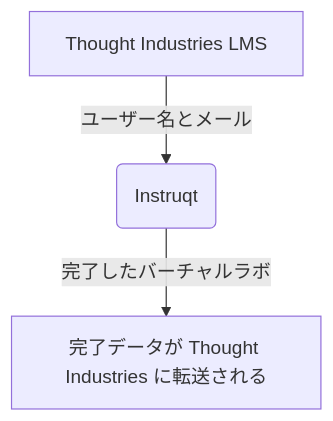
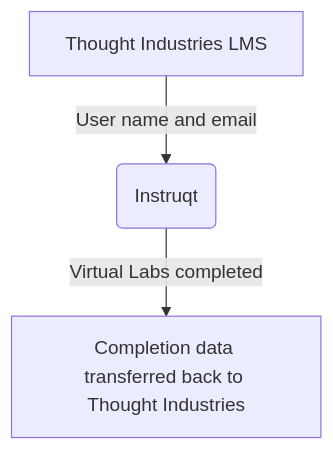
The diagram in content/handbook/customer-experience/education-services/tech-stack/instruqt.md (kyama0/gitlab-handbook-ja), drawn with Mermaid before and after one commit. The commit also changed 6 other files, not shown here.

````diff
--- a/content/handbook/customer-experience/education-services/tech-stack/instruqt.md
+++ b/content/handbook/customer-experience/education-services/tech-stack/instruqt.md
@@ -24,5 +24,5 @@
 ```mermaid
 graph TD
-A[Thought Industries LMS] -->|ユーザー名とメール| B(Instruqt)
-B -->|完了したバーチャルラボ| C[完了データが Thought Industries に転送される]
+A[Thought Industries LMS] -->|User name and email| B(Instruqt)
+B -->|Virtual Labs completed| C[Completion data transferred back to Thought Industries]
 ```
````
